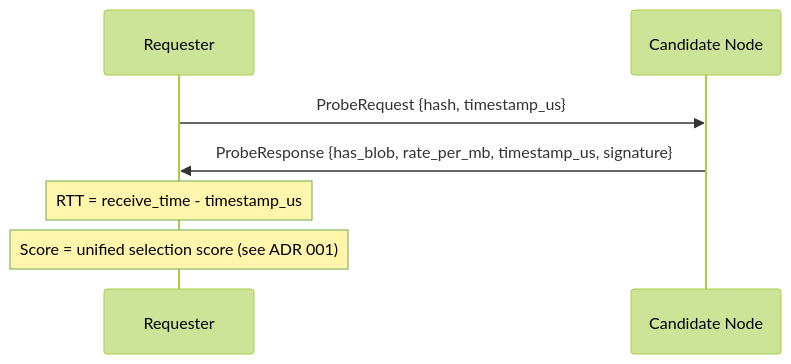
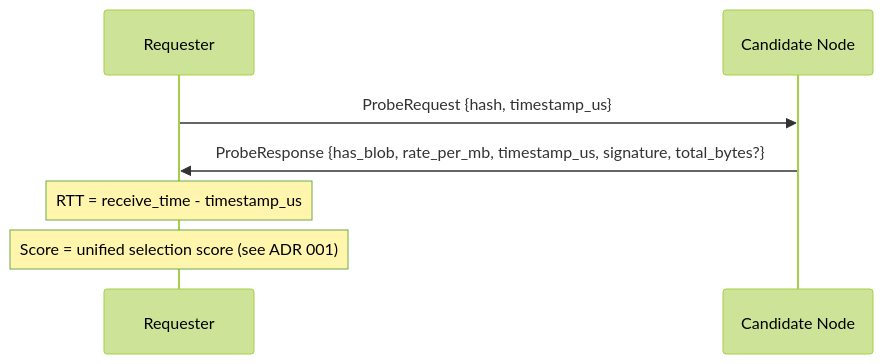
Before and after one commit to decdn/decdn: the first of 4 diagrams in adr/005-protocol.md, drawn with Mermaid (forest theme). The commit also changed other lines of this file and 2 other files, not shown here.

Commit message:
docs: add optional total_bytes to ProbeResponse (#165)
* docs: add optional total_bytes to ProbeResponse for informed node selection

Requesters currently only learn blob size at StreamResponse time, after
potentially committing to a node and opening a payment channel. Adding
total_bytes as an unsigned optional field on ProbeResponse lets requesters
estimate total cost (rate_per_mb × total_bytes) in a single probe round-trip.

The field is unsigned (not covered by the signature) and follows the Tier 1
minor evolution pattern from ADR 013. Nodes SHOULD include it when the blob
size is known.

Closes #153

* docs: fix misleading "unchanged" wording and imprecise cost formula

- ADR 001: replace "protocol is unchanged" with "ALPN remains cdn/probe/v1"
  since the wire format now includes total_bytes?
- ADR 005: drop the dimensionally inconsistent rate_per_mb × total_bytes
  formula — the cost estimate is obvious from the two fields and MB definition
  is not yet specified across the ADR set

---------

````diff
--- a/adr/005-protocol.md
+++ b/adr/005-protocol.md
@@ -40,11 +40,11 @@
 ```mermaid
 sequenceDiagram
     participant R as Requester
     participant C as Candidate Node
 
     R->>C: ProbeRequest {hash, timestamp_us}
-    C->>R: ProbeResponse {has_blob, rate_per_mb, timestamp_us, signature}
+    C->>R: ProbeResponse {has_blob, rate_per_mb, timestamp_us, signature, total_bytes?}
 
     Note over R: RTT = receive_time - timestamp_us
     Note over R: Score = unified selection score (see ADR 001)
 ```
````
